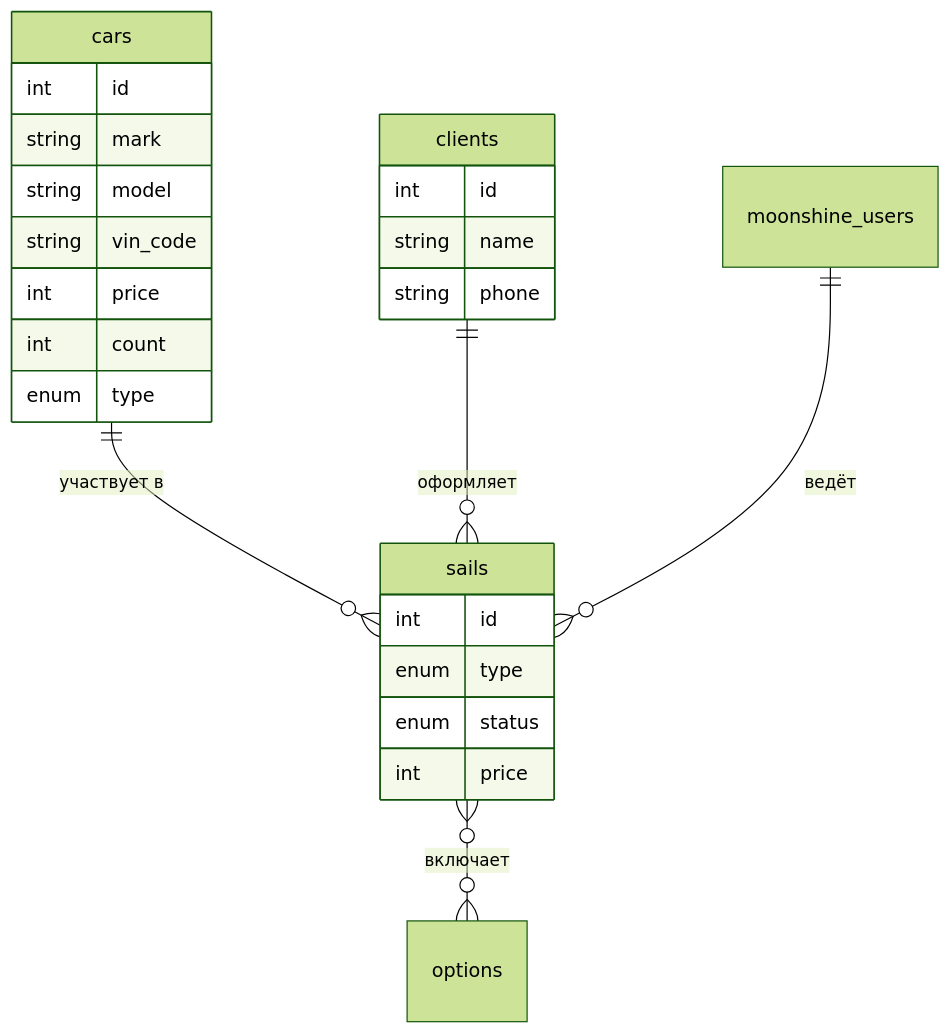
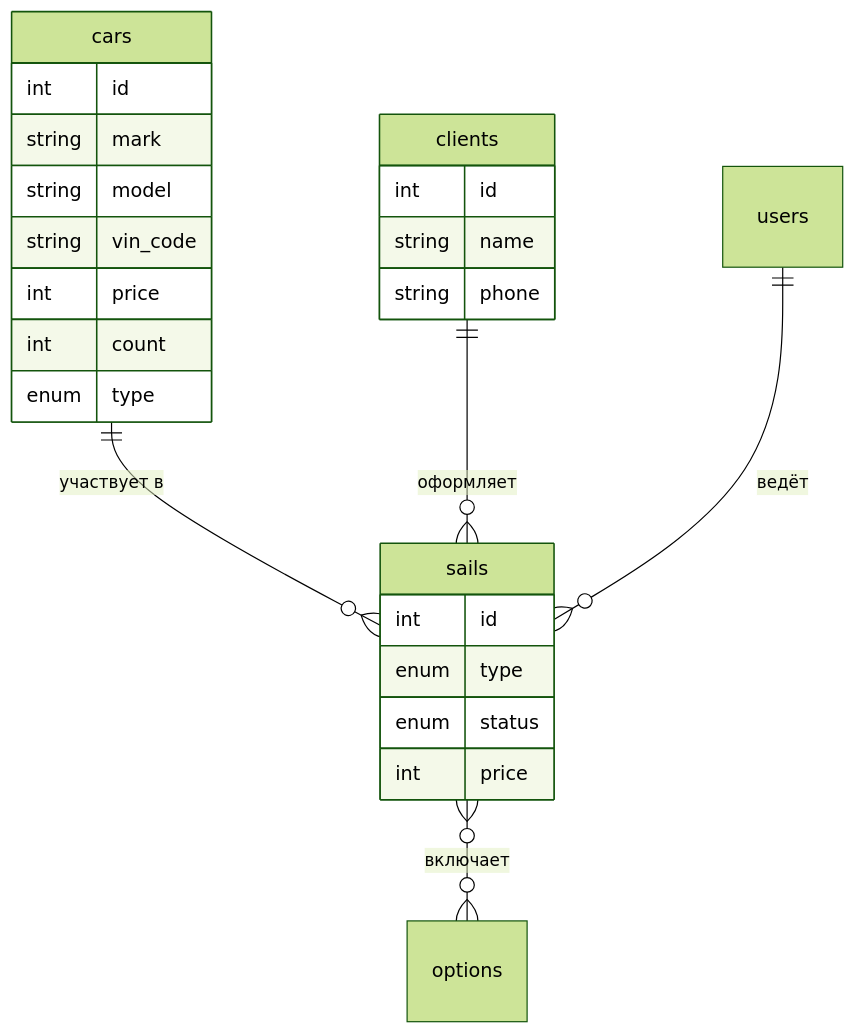
The second of 2 diagrams in README.md (AndrushkaKoder/course_work), drawn with Mermaid (forest theme) before and after one commit. The commit also changed 36 other files, not shown here.

````diff
--- a/README.md
+++ b/README.md
@@ -205,30 +205,30 @@
 ```mermaid
 erDiagram
     cars ||--o{ sails : "участвует в"
     clients ||--o{ sails : "оформляет"
-    moonshine_users ||--o{ sails : "ведёт"
+    users ||--o{ sails : "ведёт"
     sails }o--o{ options : "включает"
 
     cars {
         int id
         string mark
         string model
         string vin_code
         int price
         int count
         enum type
     }
 
     clients {
         int id
         string name
         string phone
     }
 
     sails {
         int id
         enum type
         enum status
         int price
     }
 ```
````
